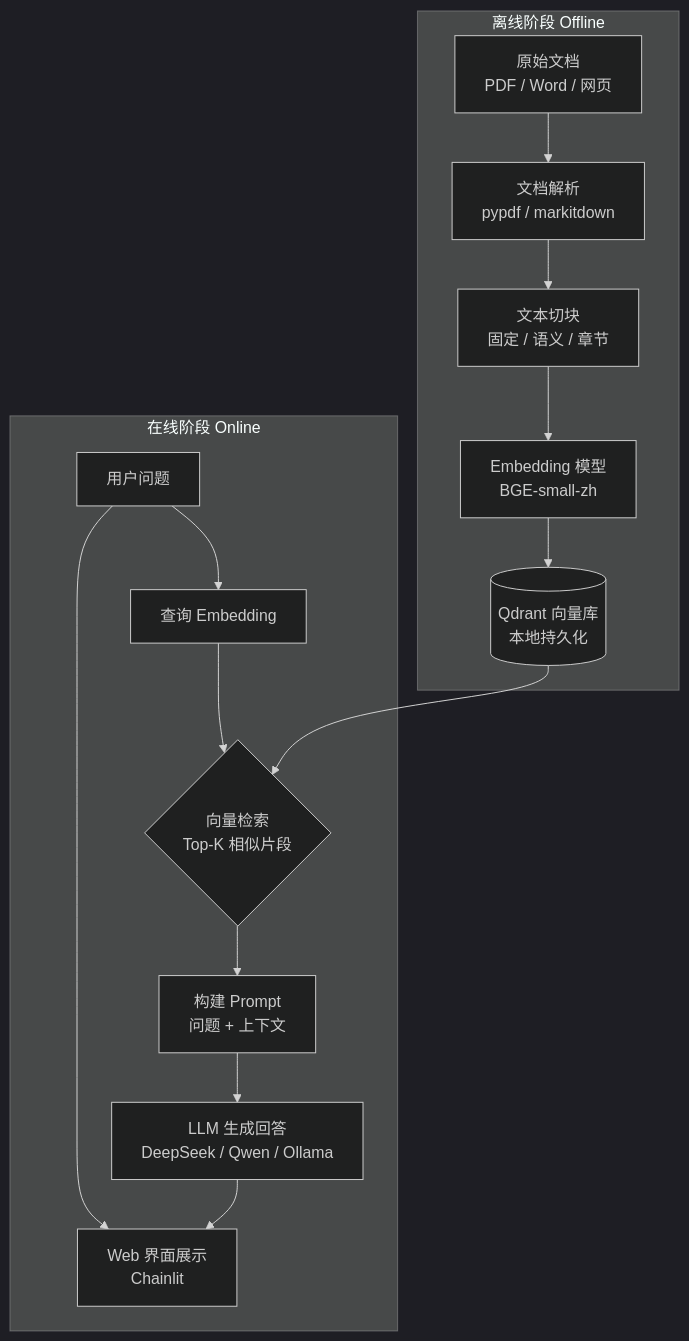
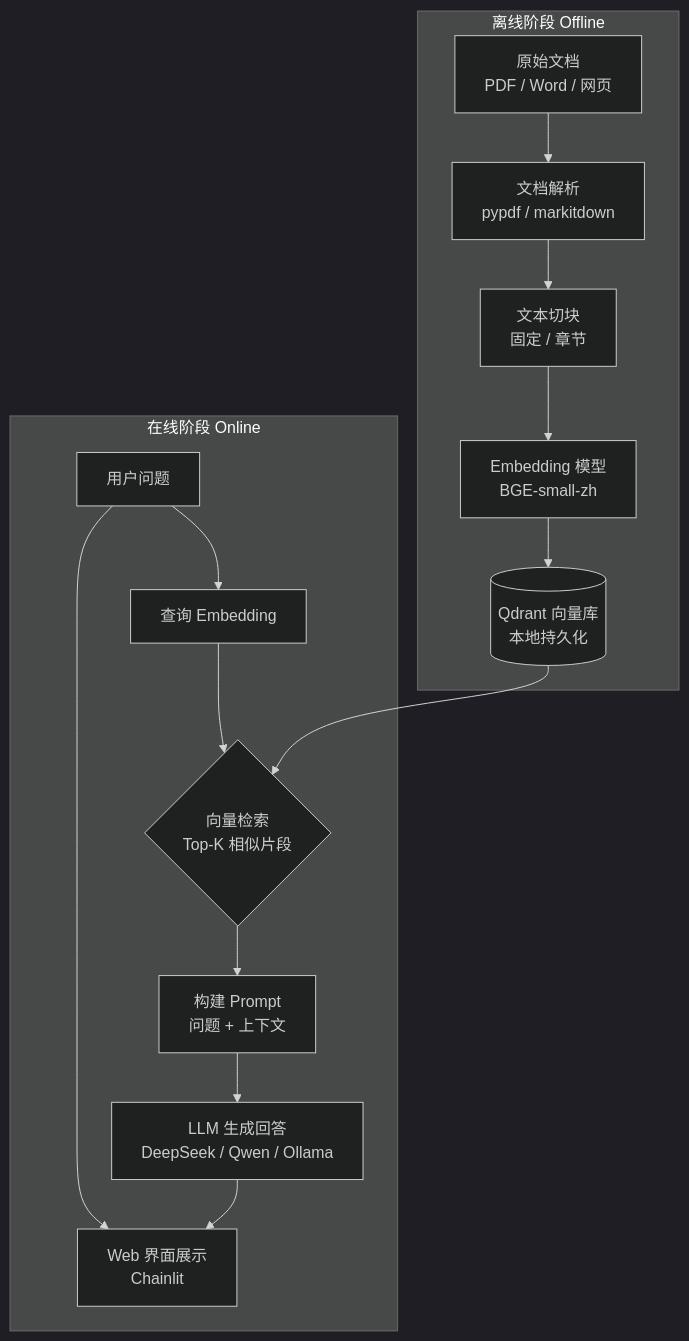
The diagram in docs/AI Agent In Practice/02_RAG（检索增强生成）/2.4 【动手】从零搭建本地知识库问答系统.md (swf2020/AI-Agent-in-Practice), drawn with Mermaid (dark theme) before and after one commit. The commit also changed other lines of this file and 3 other files, not shown here.

````diff
--- a/docs/AI Agent In Practice/02_RAG（检索增强生成）/2.4 【动手】从零搭建本地知识库问答系统.md
+++ b/docs/AI Agent In Practice/02_RAG（检索增强生成）/2.4 【动手】从零搭建本地知识库问答系统.md
@@ -18,20 +18,20 @@
 ```mermaid
 graph TD
     subgraph 离线阶段 Offline
         A[原始文档<br/>PDF / Word / 网页] --> B[文档解析<br/>pypdf / markitdown]
-        B --> C[文本切块<br/>固定 / 语义 / 章节]
+        B --> C[文本切块<br/>固定 / 章节]
         C --> D[Embedding 模型<br/>BGE-small-zh]
         D --> E[(Qdrant 向量库<br/>本地持久化)]
     end
 
     subgraph 在线阶段 Online
         F[用户问题] --> G[查询 Embedding]
         G --> H{向量检索<br/>Top-K 相似片段}
         E --> H
         H --> I[构建 Prompt<br/>问题 + 上下文]
         I --> J[LLM 生成回答<br/>DeepSeek / Qwen / Ollama]
         J --> K[Web 界面展示<br/>Chainlit]
     end
 
     F --> K
 ```
````
